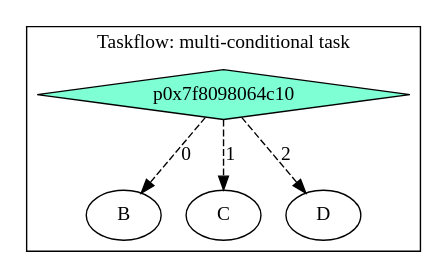
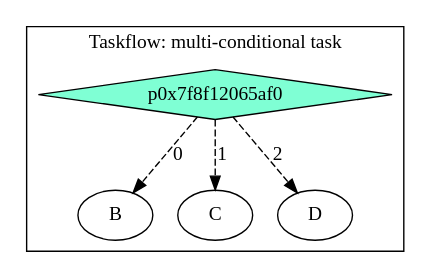
The diagram in task_graph/multi_condition.dot (xuexcy/learning_taskflow), drawn with Graphviz before and after one commit. The commit also changed 50 other files, not shown here.

```diff
--- a/task_graph/multi_condition.dot
+++ b/task_graph/multi_condition.dot
@@ -1,12 +1,12 @@
 digraph Taskflow {
-subgraph cluster_p0x7ff7b31961a8 {
+subgraph cluster_p0x7ff7bc8c9128 {
 label="Taskflow: multi-conditional task";
-p0x7f8098064c10[label="p0x7f8098064c10" shape=diamond color=black fillcolor=aquamarine style=filled];
-p0x7f8098064c10 -> p0x7f80980659e0 [style=dashed label="0"];
-p0x7f8098064c10 -> p0x7f8098064d20 [style=dashed label="1"];
-p0x7f8098064c10 -> p0x7f8098064e30 [style=dashed label="2"];
-p0x7f80980659e0[label="B" ];
-p0x7f8098064d20[label="C" ];
-p0x7f8098064e30[label="D" ];
+p0x7f8f12065af0[label="p0x7f8f12065af0" shape=diamond color=black fillcolor=aquamarine style=filled];
+p0x7f8f12065af0 -> p0x7f8f120659e0 [style=dashed label="0"];
+p0x7f8f12065af0 -> p0x7f8f12065e20 [style=dashed label="1"];
+p0x7f8f12065af0 -> p0x7f8f12065d10 [style=dashed label="2"];
+p0x7f8f120659e0[label="B" ];
+p0x7f8f12065e20[label="C" ];
+p0x7f8f12065d10[label="D" ];
 }
 }
```
